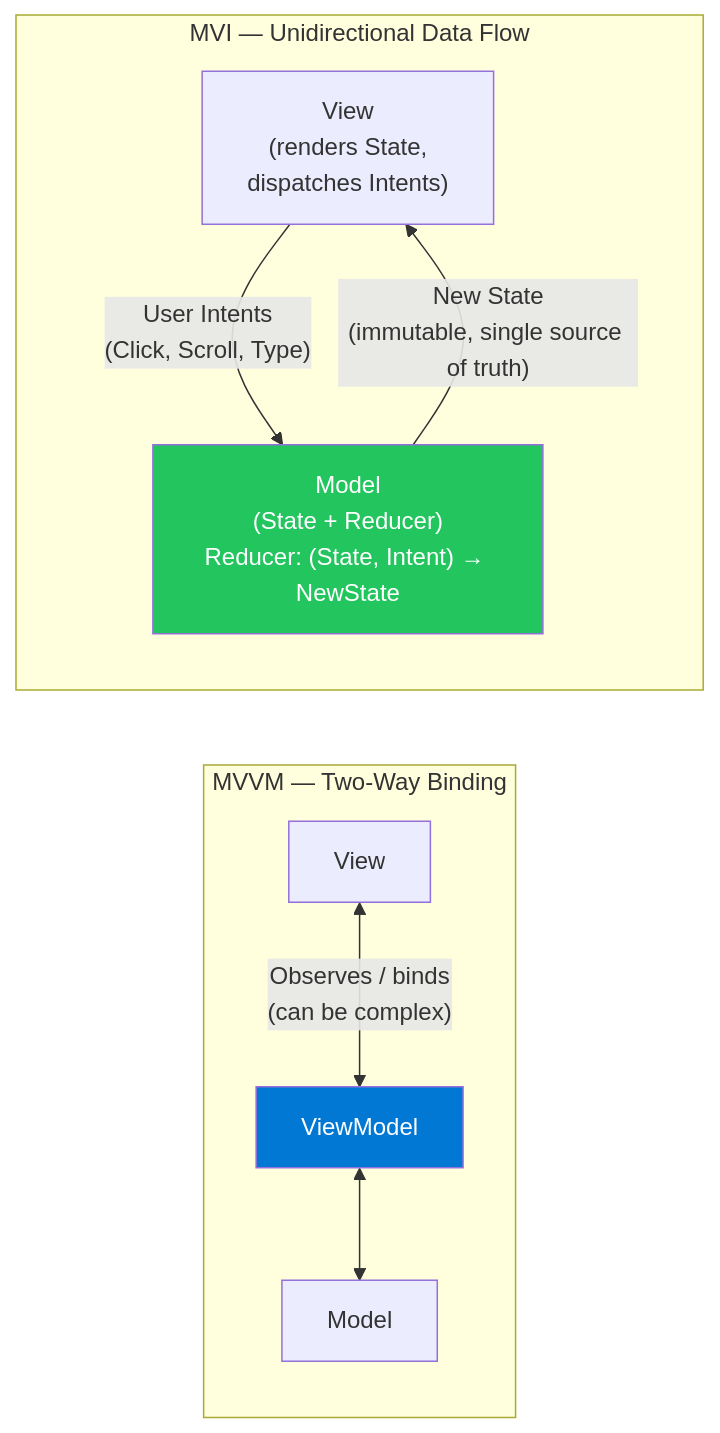
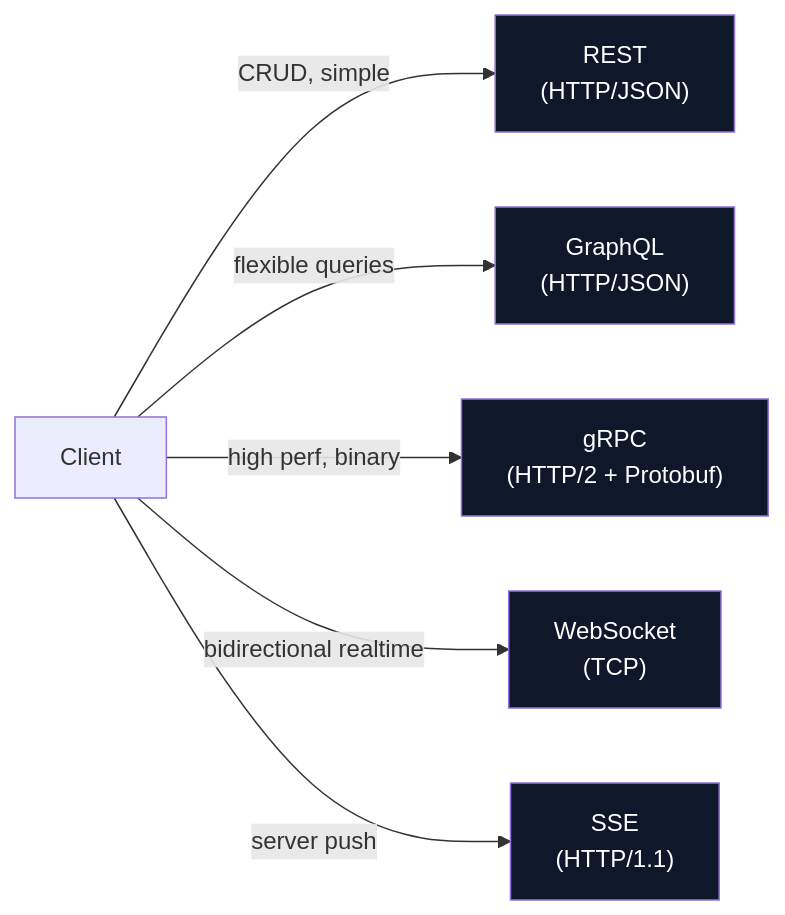
The eighth of 34 diagrams in Architechture-Concepts/Description-Questions2-Complete.md (rajaghosh/InterviewPrep), drawn with Mermaid before and after one commit. The commit also changed other lines of this file and 240 other files, not shown here.

````diff
--- a/Architechture-Concepts/Description-Questions2-Complete.md
+++ b/Architechture-Concepts/Description-Questions2-Complete.md
@@ -286,15 +287,11 @@
 ```mermaid
 flowchart LR
-    subgraph MVVM ["MVVM — Two-Way Binding"]
-        V1["View"] <-->|"Observes / binds\n(can be complex)"| VM1["ViewModel"]
-        VM1 <--> M1["Model"]
-    end
+    Client["Client"] -->|"CRUD, simple"| REST["REST\n(HTTP/JSON)"]
+    Client -->|"flexible queries"| GQL["GraphQL\n(HTTP/JSON)"]
+    Client -->|"high perf, binary"| gRPC["gRPC\n(HTTP/2 + Protobuf)"]
+    Client -->|"bidirectional realtime"| WS["WebSocket\n(TCP)"]
+    Client -->|"server push"| SSE["SSE\n(HTTP/1.1)"]
 
-    subgraph MVI ["MVI — Unidirectional Data Flow"]
-        V2["View\n(renders State,\ndispatches Intents)"] -->|"User Intents\n(Click, Scroll, Type)"| M2["Model\n(State + Reducer)\nReducer: (State, Intent) → NewState"]
-        M2 -->|"New State\n(immutable, single source of truth)"| V2
-    end
-
-    style VM1 fill:#0078D4,color:#fff
-    style M2 fill:#22c55e,color:#fff
+    classDef api fill:#0f172a,color:#fff
+    class REST,GQL,gRPC,WS,SSE api
 ```
````
